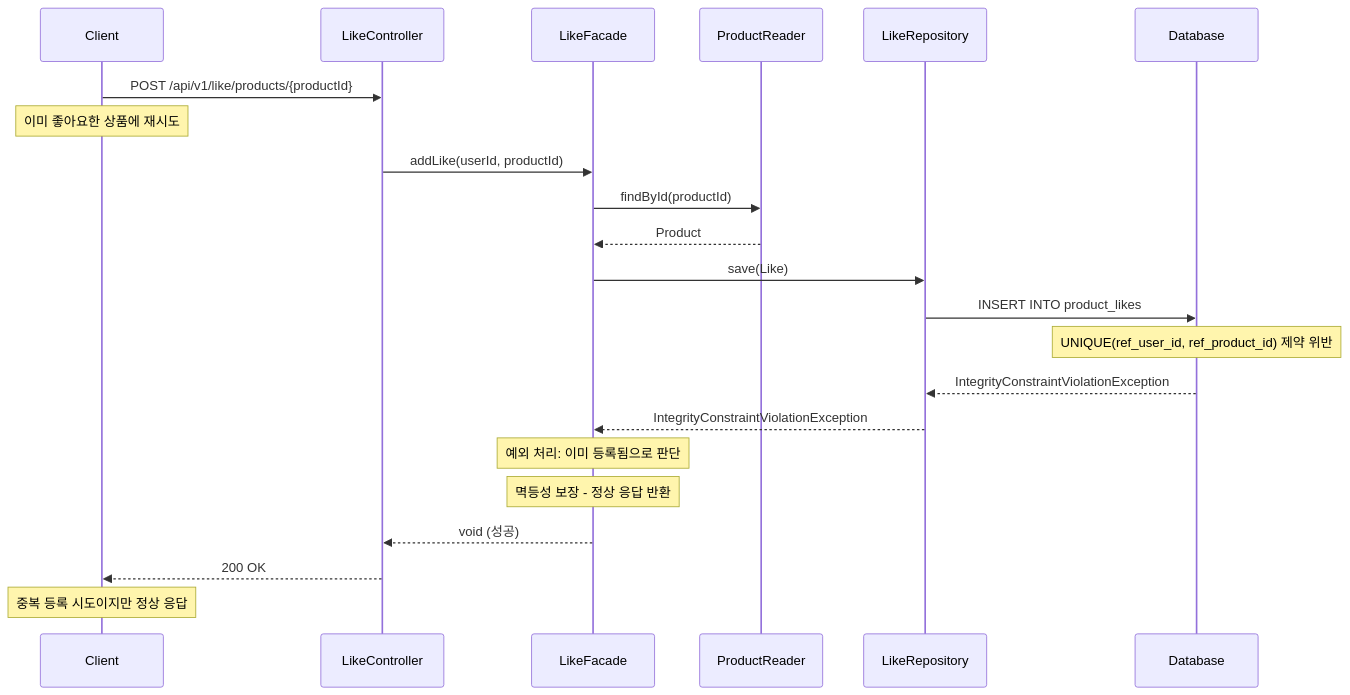
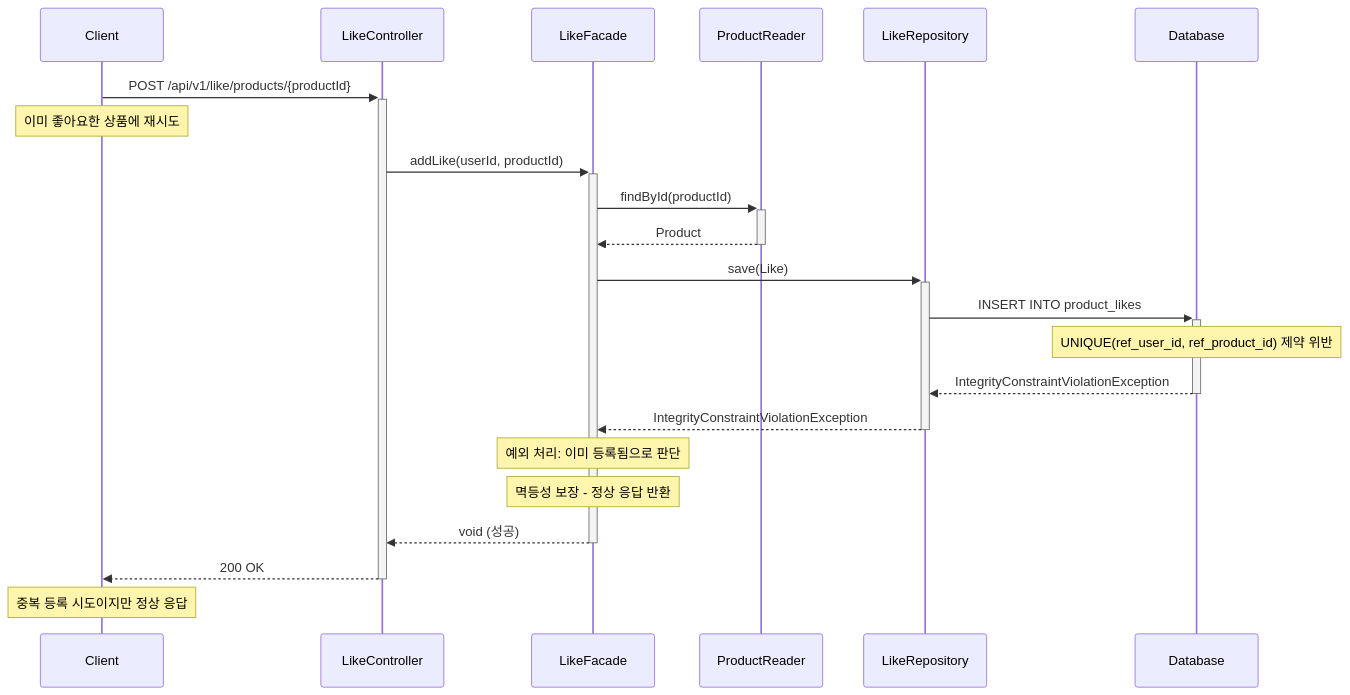
Before and after one commit to Loopers-dev-lab/loopers-spring-java-template: the ninth of 16 diagrams in docs/week2/02-sequence-diagrams.md, drawn with Mermaid. The commit also changed other lines of this file, not shown here.

Commit message:
docs: 시퀀스 다이어그램 activation bar 추가

````diff
--- a/docs/week2/02-sequence-diagrams.md
+++ b/docs/week2/02-sequence-diagrams.md
@@ -367,31 +367,31 @@
 ```mermaid
 sequenceDiagram
     participant Client
     participant LikeController
     participant LikeFacade
     participant ProductReader
     participant LikeRepository
     participant Database
 
-    Client->>LikeController: POST /api/v1/like/products/{productId}
+    Client->>+LikeController: POST /api/v1/like/products/{productId}
     Note over Client: 이미 좋아요한 상품에 재시도
 
-    LikeController->>LikeFacade: addLike(userId, productId)
+    LikeController->>+LikeFacade: addLike(userId, productId)
 
-    LikeFacade->>ProductReader: findById(productId)
-    ProductReader-->>LikeFacade: Product
+    LikeFacade->>+ProductReader: findById(productId)
+    ProductReader-->>-LikeFacade: Product
 
-    LikeFacade->>LikeRepository: save(Like)
-    LikeRepository->>Database: INSERT INTO product_likes
+    LikeFacade->>+LikeRepository: save(Like)
+    LikeRepository->>+Database: INSERT INTO product_likes
     Note over Database: UNIQUE(ref_user_id, ref_product_id) 제약 위반
 
-    Database-->>LikeRepository: IntegrityConstraintViolationException
-    LikeRepository-->>LikeFacade: IntegrityConstraintViolationException
+    Database-->>-LikeRepository: IntegrityConstraintViolationException
+    LikeRepository-->>-LikeFacade: IntegrityConstraintViolationException
 
     Note over LikeFacade: 예외 처리: 이미 등록됨으로 판단
     Note over LikeFacade: 멱등성 보장 - 정상 응답 반환
 
-    LikeFacade-->>LikeController: void (성공)
-    LikeController-->>Client: 200 OK
+    LikeFacade-->>-LikeController: void (성공)
+    LikeController-->>-Client: 200 OK
     Note over Client: 중복 등록 시도이지만 정상 응답
 ```
````
